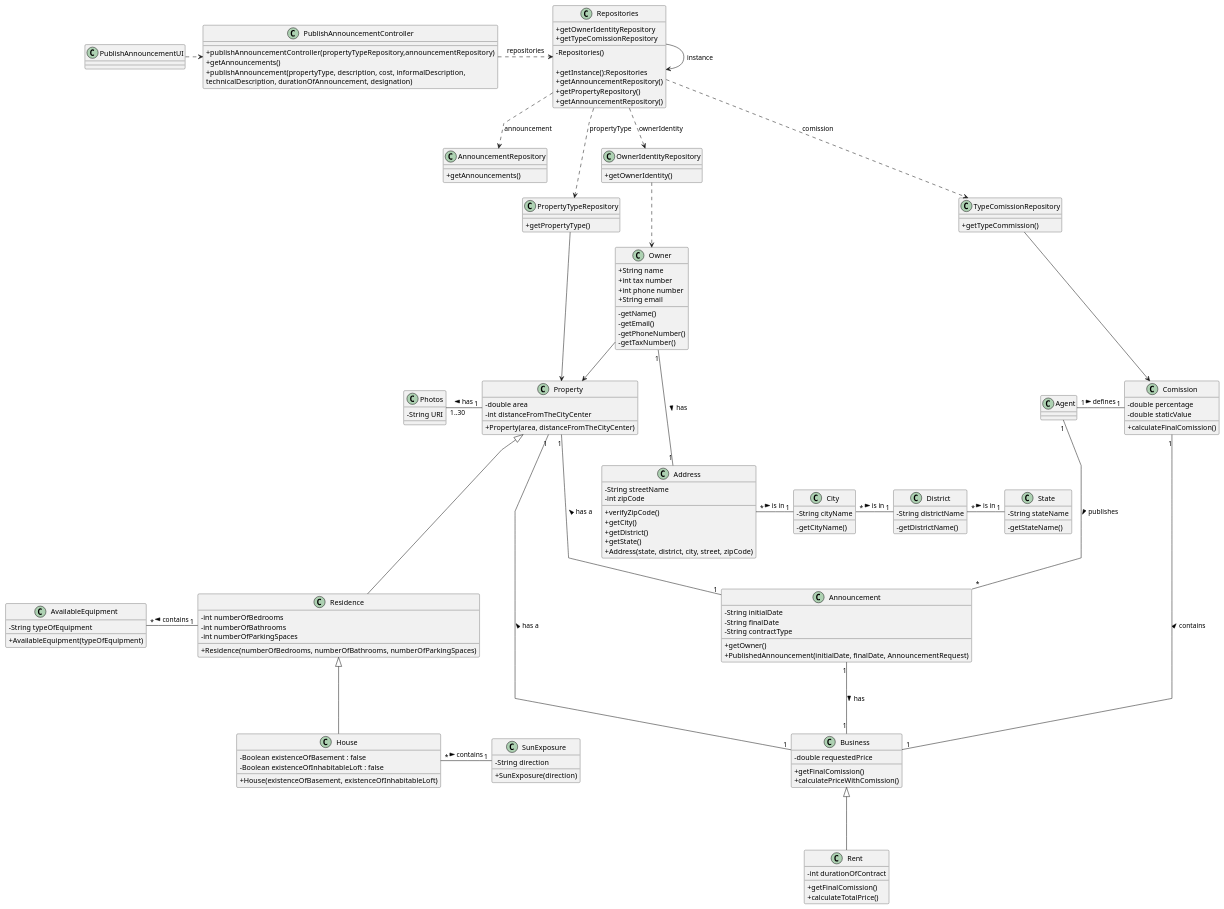
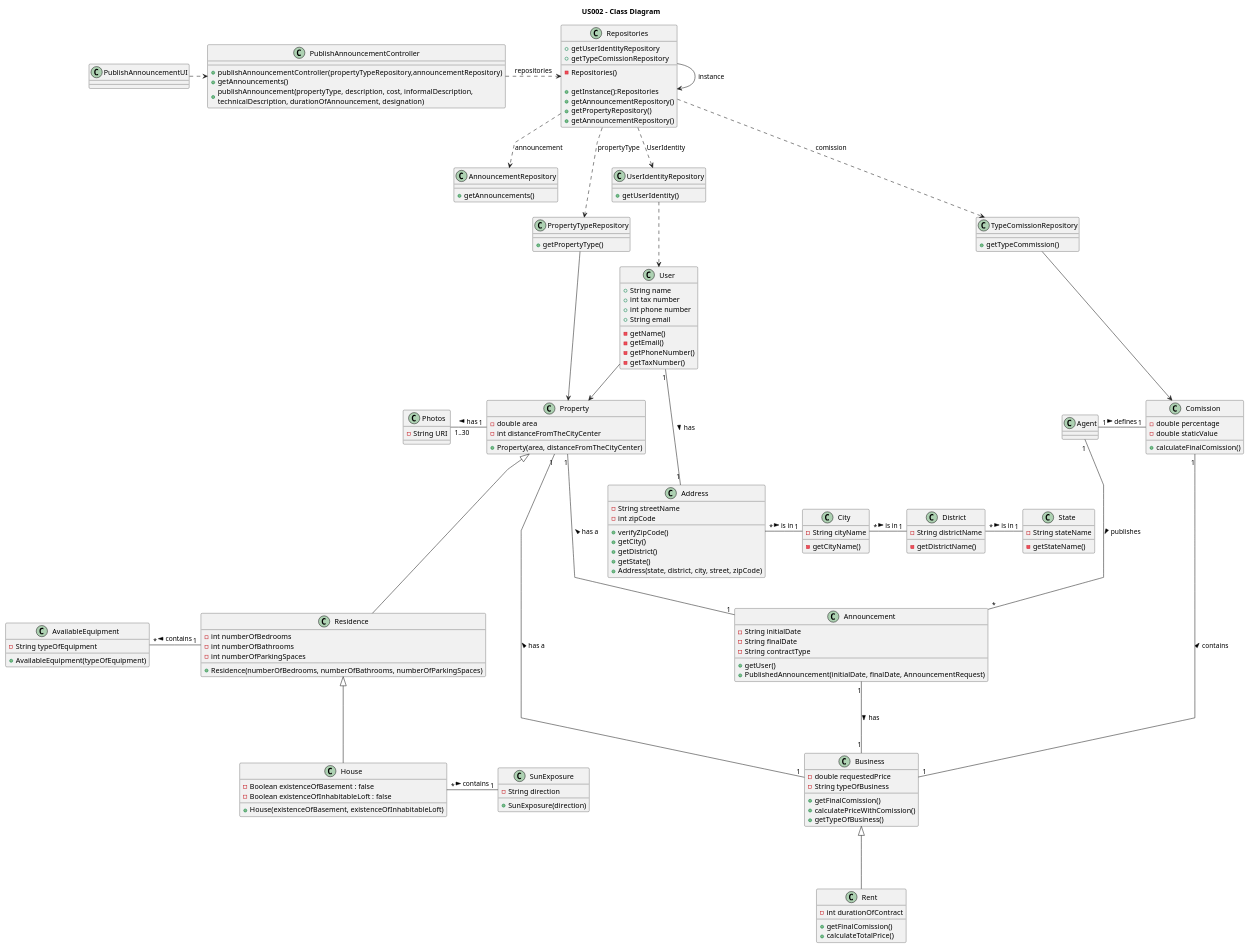
One commit to PureNimble/ISEP-LAPR2 changed the diagram in docs/sprintB/US02/03.design/puml/us02-class-diagram.puml. Above: the diagram before and after it, drawn with PlantUML.

Commit message:
Class Diagram update

```diff
--- a/docs/sprintB/US02/03.design/puml/us02-class-diagram.puml
+++ b/docs/sprintB/US02/03.design/puml/us02-class-diagram.puml
@@ -4,10 +4,10 @@
 skinparam shadowing false
 skinparam linetype polyline
 'skinparam linetype orto
+'skinparam classAttributeIconSize 0
+'left to right direction
 
-skinparam classAttributeIconSize 0
-
-'left to right direction
+title US002 - Class Diagram
 
 
 class PublishAnnouncementUI
@@ -27,7 +27,7 @@
 +getInstance():Repositories
 +getAnnouncementRepository()
 +getPropertyRepository()
-+getOwnerIdentityRepository
++getUserIdentityRepository
 +getTypeComissionRepository
 
 }
@@ -40,8 +40,8 @@
     + getPropertyType()
 }
 
-class OwnerIdentityRepository{
-+getOwnerIdentity()
+class UserIdentityRepository{
++getUserIdentity()
 }
 
 class TypeComissionRepository{
@@ -94,7 +94,7 @@
 
 
 
-class Owner{
+class User{
 +String name
 +int tax number
 +int phone number
@@ -161,15 +161,17 @@
     - String finalDate
     - String contractType
 
-    +getOwner()
+    +getUser()
     +PublishedAnnouncement(initialDate, finalDate, AnnouncementRequest)
 }
 
 class Business {
     - double requestedPrice
+    -String typeOfBusiness
 
     +getFinalComission()
     +calculatePriceWithComission()
+    +getTypeOfBusiness()
 }
 
 class Repositories
@@ -181,7 +183,7 @@
 
 PublishAnnouncementController .> Repositories : repositories
 Repositories --> Repositories :instance
-Repositories ..> OwnerIdentityRepository : ownerIdentity
+Repositories ..> UserIdentityRepository : UserIdentity
 Repositories ..> TypeComissionRepository : comission
 Repositories ..> AnnouncementRepository : announcement
 Repositories ..> PropertyTypeRepository : propertyType
@@ -201,9 +203,9 @@
 City "1"-left- "*" Address: is in <
 District "1"-left- "*" City: is in <
 State "1"-left- "*" District: is in <
-Owner "1" --- "1" Address: has >
-OwnerIdentityRepository ..> Owner
-Owner --> Property
+User "1" --- "1" Address: has >
+UserIdentityRepository ..> User
+User --> Property
 
 
 
```
